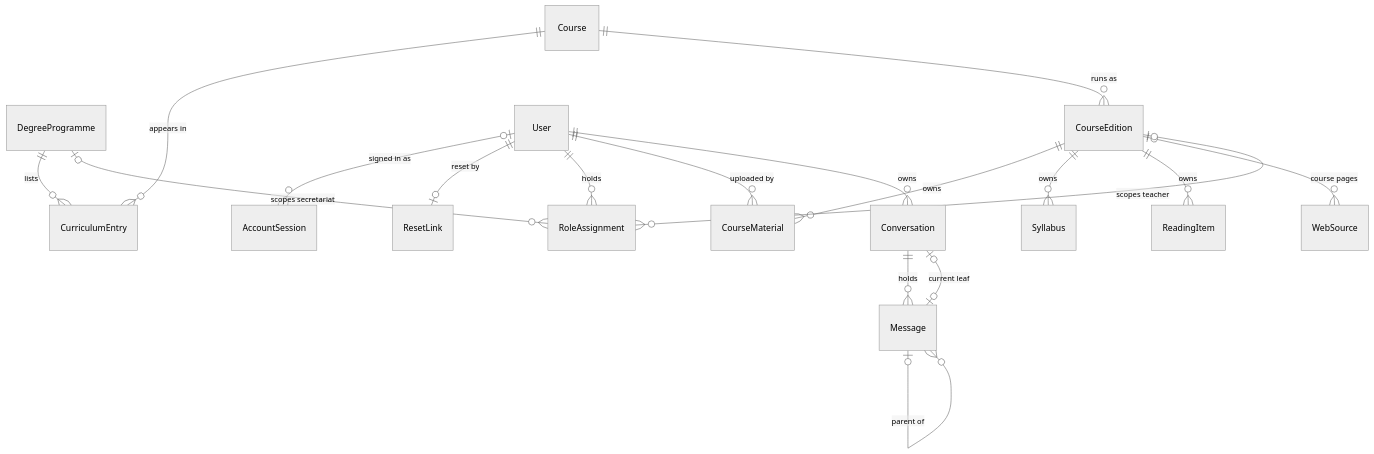
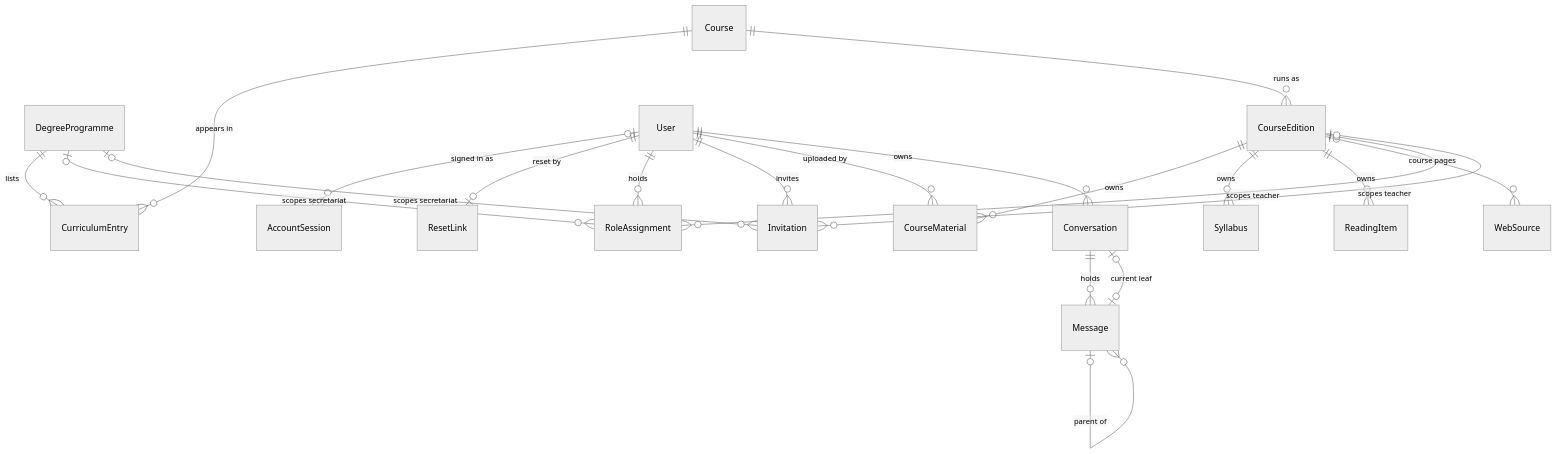
Before and after one commit to Zhengjunliang/multilingual-course-assistant: the diagram in docs/data-model.md, drawn with Mermaid (neutral theme). The commit also changed other lines of this file and 21 other files, not shown here.

````diff
--- a/docs/data-model.md
+++ b/docs/data-model.md
@@ -11,20 +11,23 @@
 ```mermaid
 erDiagram
     DegreeProgramme ||--o{ CurriculumEntry : lists
     Course ||--o{ CurriculumEntry : "appears in"
     Course ||--o{ CourseEdition : "runs as"
     CourseEdition ||--o{ CourseMaterial : owns
     CourseEdition ||--o{ Syllabus : owns
     CourseEdition ||--o{ ReadingItem : owns
     CourseEdition |o--o{ WebSource : "course pages"
     User |o--o{ AccountSession : "signed in as"
     User ||--o| ResetLink : "reset by"
     User ||--o{ RoleAssignment : holds
     DegreeProgramme |o--o{ RoleAssignment : "scopes secretariat"
     CourseEdition |o--o{ RoleAssignment : "scopes teacher"
+    User ||--o{ Invitation : invites
+    DegreeProgramme |o--o{ Invitation : "scopes secretariat"
+    CourseEdition |o--o{ Invitation : "scopes teacher"
     User ||--o{ CourseMaterial : "uploaded by"
     User ||--o{ Conversation : owns
     Conversation ||--o{ Message : holds
     Message |o--o{ Message : "parent of"
     Conversation |o--o| Message : "current leaf"
 ```
````
